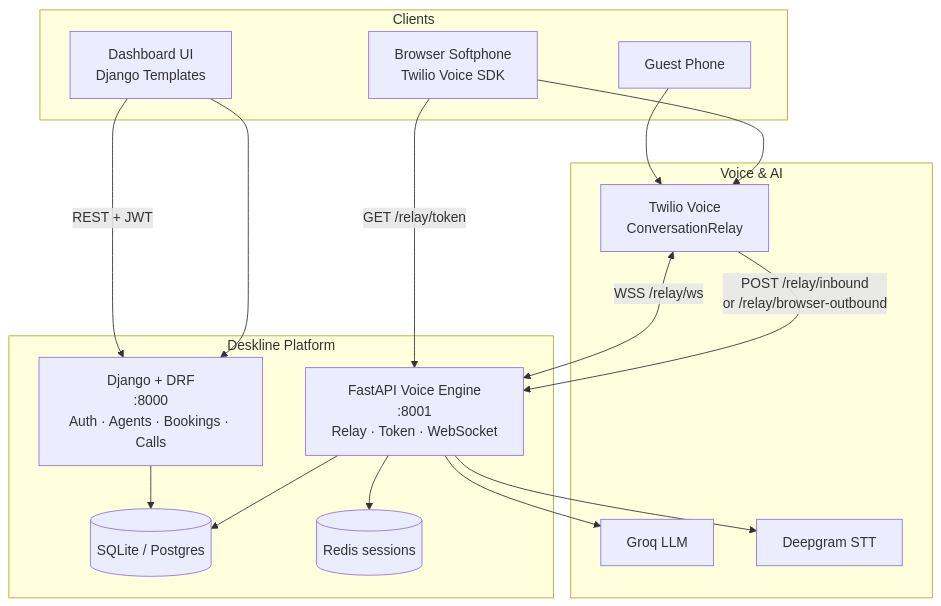
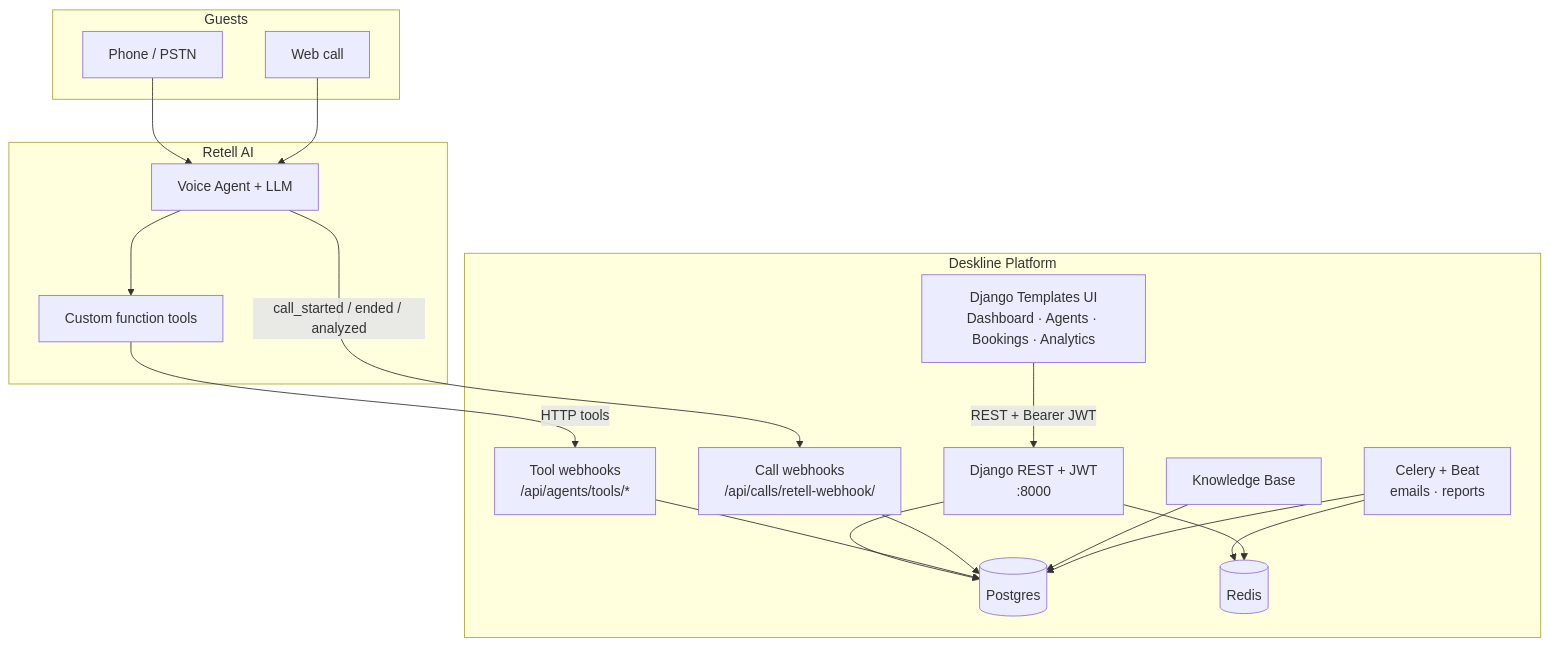
Before and after one commit to karan-chandel-asc/ai-voice-agent-platform: the first of 4 diagrams in README.md, drawn with Mermaid. The commit also changed other lines of this file and 53 other files, not shown here.

````diff
--- a/README.md
+++ b/README.md
@@ -60,34 +96,37 @@
 ```mermaid
 flowchart TB
-  subgraph Clients
-    Browser["Dashboard UI<br/>Django Templates"]
-    Phone["Guest Phone"]
-    BrowserCall["Browser Softphone<br/>Twilio Voice SDK"]
+  subgraph Guests["Guests"]
+    Phone["Phone / PSTN"]
+    WebCall["Web call"]
   end
 
-  subgraph Platform["Deskline Platform"]
-    Django["Django + DRF<br/>:8000<br/>Auth · Agents · Bookings · Calls"]
-    FastAPI["FastAPI Voice Engine<br/>:8001<br/>Relay · Token · WebSocket"]
-    DB[(SQLite / Postgres)]
-    Redis[(Redis sessions)]
+  subgraph RetellCloud["Retell AI"]
+    RetellAgent["Voice Agent + LLM"]
+    RetellTools["Custom function tools"]
   end
 
-  subgraph External["Voice & AI"]
-    Twilio["Twilio Voice<br/>ConversationRelay"]
-    Groq["Groq LLM"]
-    STT["Deepgram STT"]
+  subgraph Deskline["Deskline Platform"]
+    UI["Django Templates UI<br/>Dashboard · Agents · Bookings · Analytics"]
+    API["Django REST + JWT<br/>:8000"]
+    ToolsAPI["Tool webhooks<br/>/api/agents/tools/*"]
+    CallWH["Call webhooks<br/>/api/calls/retell-webhook/"]
+    KB["Knowledge Base"]
+    Celery["Celery + Beat<br/>emails · reports"]
+    DB[(Postgres)]
+    Redis[(Redis)]
   end
 
-  Browser --> Django
-  BrowserCall --> Twilio
-  Phone --> Twilio
-  Twilio -->|"POST /relay/inbound<br/>or /relay/browser-outbound"| FastAPI
-  Twilio <-->|"WSS /relay/ws"| FastAPI
-  FastAPI --> Groq
-  FastAPI --> STT
-  FastAPI --> DB
-  FastAPI --> Redis
-  Django --> DB
-  Browser -->|"REST + JWT"| Django
-  BrowserCall -->|"GET /relay/token"| FastAPI
+  Phone --> RetellAgent
+  WebCall --> RetellAgent
+  RetellAgent --> RetellTools
+  RetellTools -->|"HTTP tools"| ToolsAPI
+  RetellAgent -->|"call_started / ended / analyzed"| CallWH
+  UI -->|"REST + Bearer JWT"| API
+  API --> DB
+  ToolsAPI --> DB
+  CallWH --> DB
+  KB --> DB
+  Celery --> Redis
+  Celery --> DB
+  API --> Redis
 ```
````
